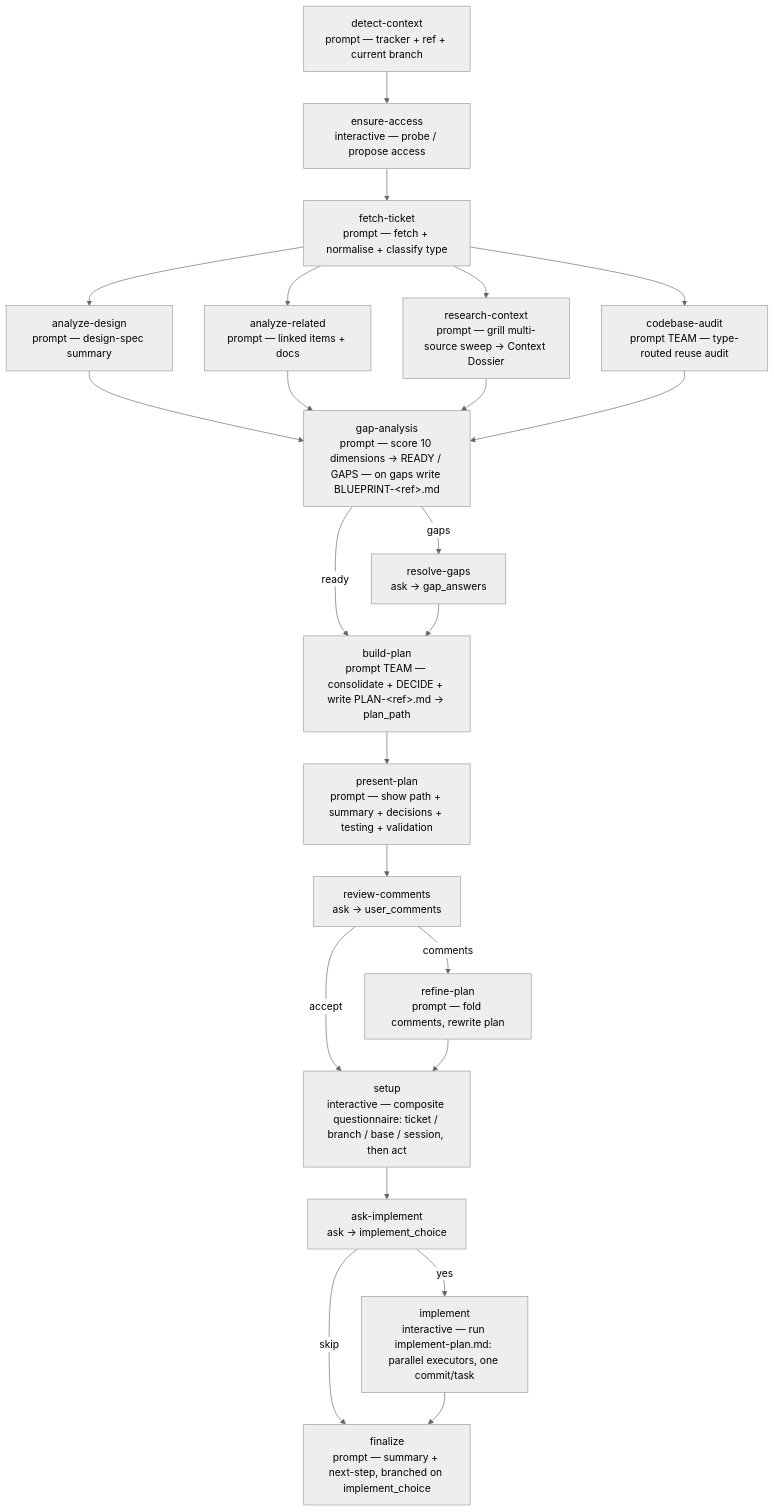
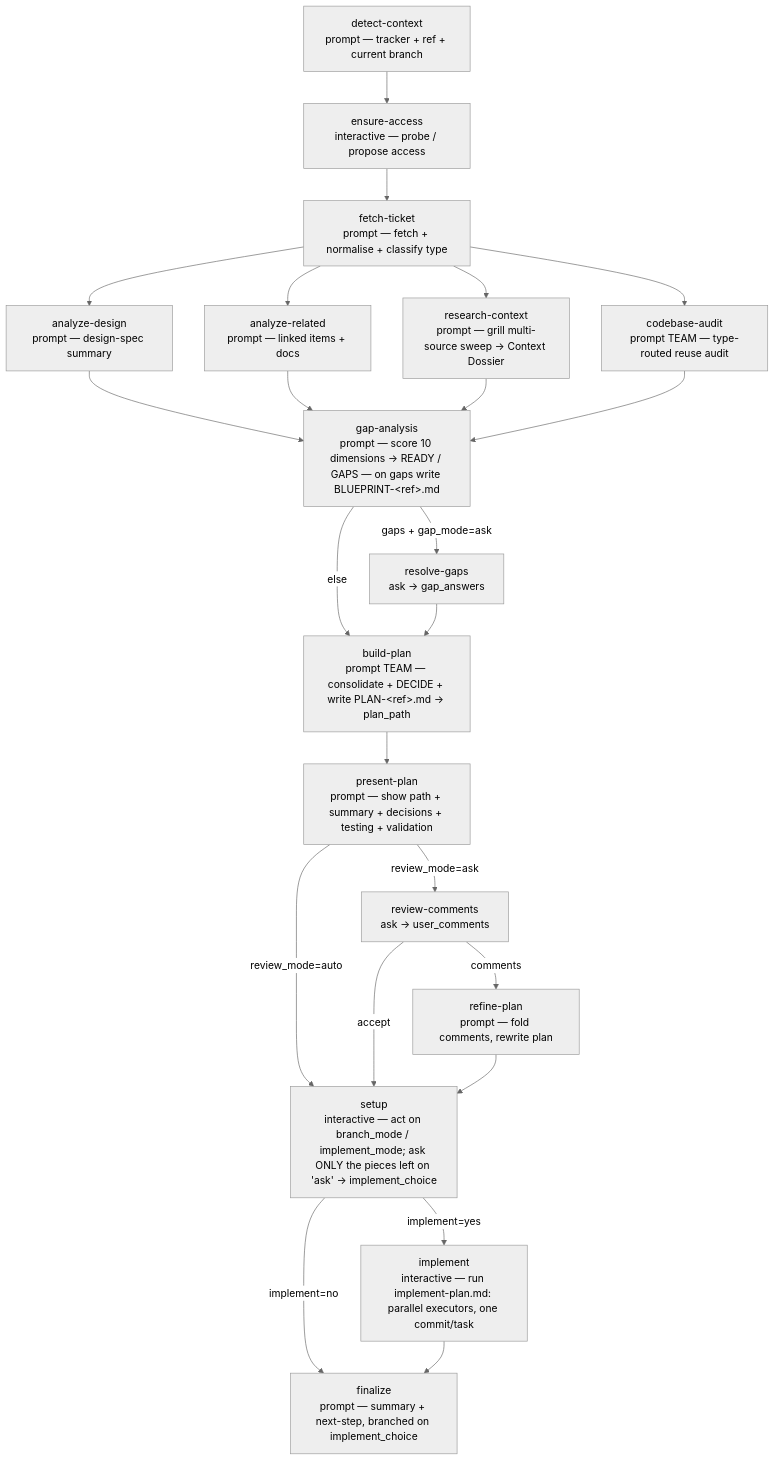
The diagram in plugins/wise/workflows/ticket-plan/README.md (e1024kb/wise-claude), drawn with Mermaid (neutral theme) before and after one commit. The commit also changed other lines of this file and 11 other files, not shown here.

First line of the commit message:
feat(workflows): pre-flight tuning, stage-select and flow-mode questionaries (v4.6.0) (#52)

````diff
--- a/plugins/wise/workflows/ticket-plan/README.md
+++ b/plugins/wise/workflows/ticket-plan/README.md
@@ -61,25 +65,25 @@
 ```mermaid
 flowchart TD
     T[detect-context<br/>prompt — tracker + ref + current branch] --> X[ensure-access<br/>interactive — probe / propose access]
     X --> A[fetch-ticket<br/>prompt — fetch + normalise + classify type]
     A --> C[analyze-design<br/>prompt — design-spec summary]
     A --> D[analyze-related<br/>prompt — linked items + docs]
     A --> RCx[research-context<br/>prompt — grill multi-source sweep → Context Dossier]
     A --> E[codebase-audit<br/>prompt TEAM — type-routed reuse audit]
     C --> G[gap-analysis<br/>prompt — score 10 dimensions → READY / GAPS — on gaps write BLUEPRINT-&lt;ref&gt;.md]
     D --> G
     RCx --> G
     E --> G
-    G -->|gaps| RG[resolve-gaps<br/>ask → gap_answers]
-    G -->|ready| B
+    G -->|gaps + gap_mode=ask| RG[resolve-gaps<br/>ask → gap_answers]
+    G -->|else| B
     RG --> B[build-plan<br/>prompt TEAM — consolidate + DECIDE + write PLAN-&lt;ref&gt;.md → plan_path]
     B --> P[present-plan<br/>prompt — show path + summary + decisions + testing + validation]
-    P --> RC[review-comments<br/>ask → user_comments]
+    P -->|review_mode=ask| RC[review-comments<br/>ask → user_comments]
+    P -->|review_mode=auto| S
     RC -->|comments| RF[refine-plan<br/>prompt — fold comments, rewrite plan]
     RC -->|accept| S
-    RF --> S[setup<br/>interactive — composite questionnaire: ticket / branch / base / session, then act]
-    S --> AI[ask-implement<br/>ask → implement_choice]
-    AI -->|yes| IM[implement<br/>interactive — run implement-plan.md: parallel executors, one commit/task]
-    AI -->|skip| FN
+    RF --> S[setup<br/>interactive — act on branch_mode / implement_mode; ask ONLY the pieces left on 'ask' → implement_choice]
+    S -->|implement=yes| IM[implement<br/>interactive — run implement-plan.md: parallel executors, one commit/task]
+    S -->|implement=no| FN
     IM --> FN[finalize<br/>prompt — summary + next-step, branched on implement_choice]
 ```
````
